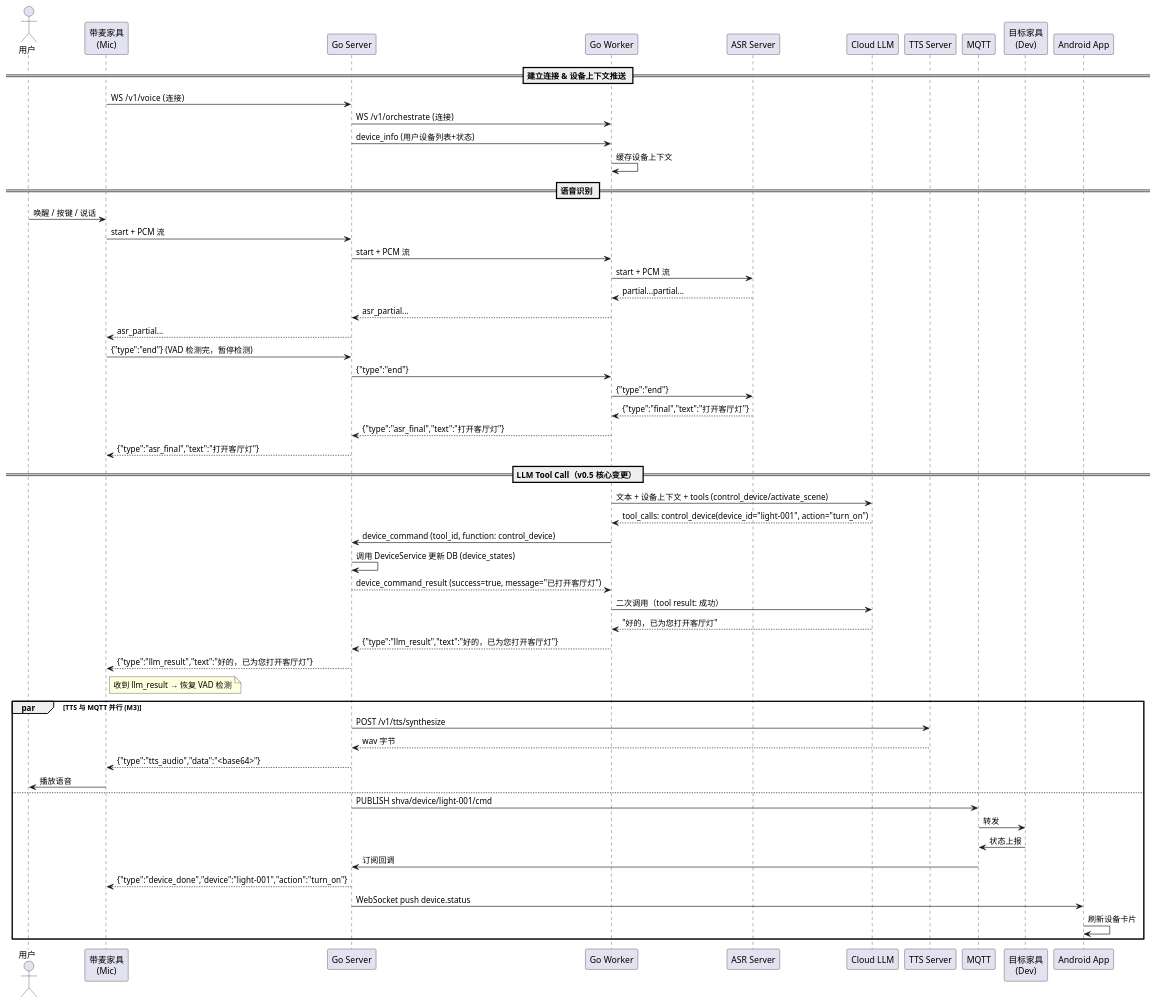
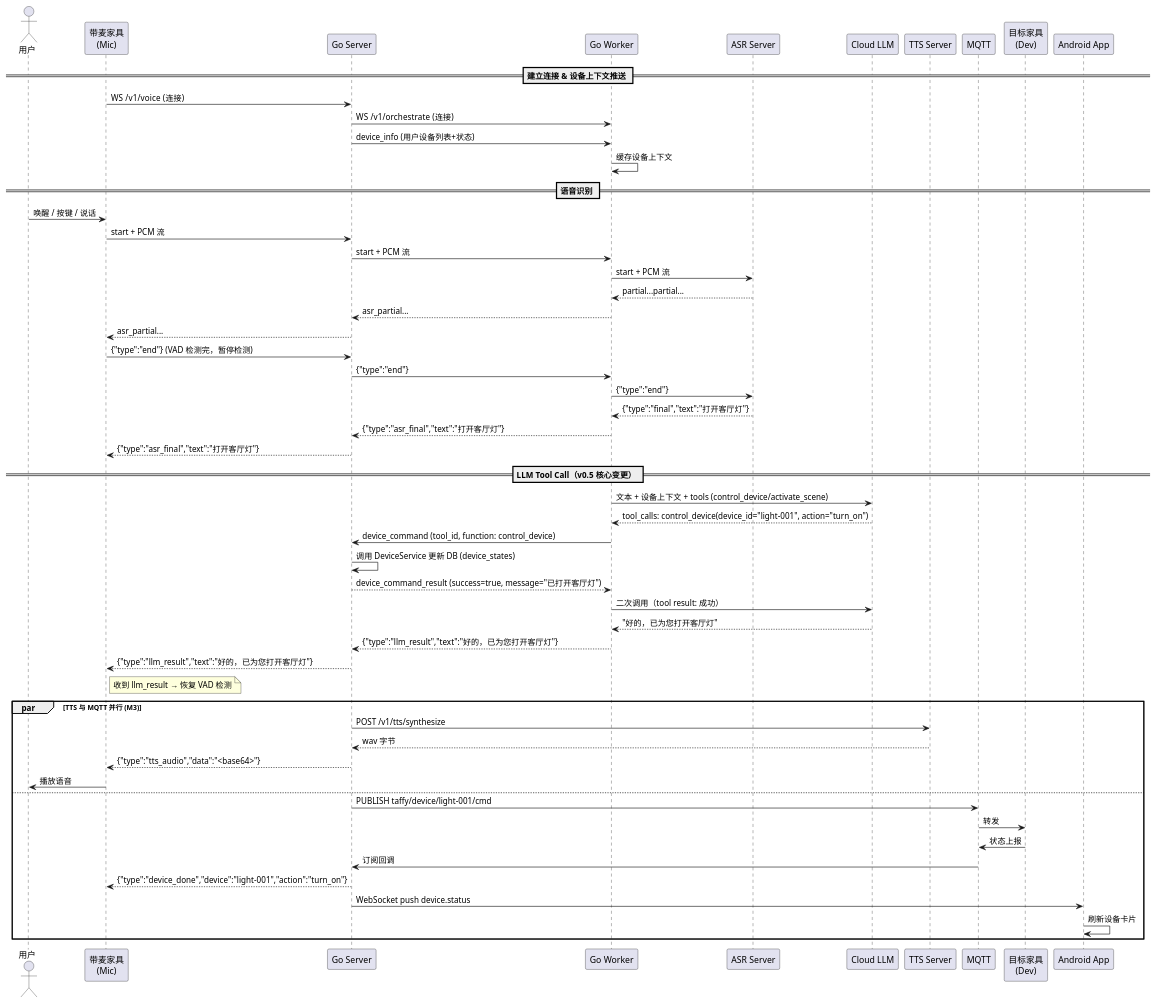
The fifth of 6 diagrams in docs/03-软件设计文档.md (Yoruko666/Taffy-Assistant), drawn with PlantUML before and after one commit. The commit also changed other lines of this file and 62 other files, not shown here.

````diff
--- a/docs/03-软件设计文档.md
+++ b/docs/03-软件设计文档.md
@@ -572,63 +572,63 @@
 ```plantuml
 @startuml
 actor 用户
 participant "带麦家具\n(Mic)"   as Mic
 participant "Go Server"         as Srv
 participant "Go Worker"         as Wkr
 participant "ASR Server"        as ASR
 participant "Cloud LLM"         as Cloud
 participant "TTS Server"        as TTS
 participant MQTT                as MQ
 participant "目标家具\n(Dev)"   as Dev
 participant "Android App"       as App
 
 == 建立连接 & 设备上下文推送 ==
 Mic  -> Srv : WS /v1/voice  (连接)
 Srv  -> Wkr : WS /v1/orchestrate  (连接)
 Srv  -> Wkr : device_info (用户设备列表+状态)
 Wkr  -> Wkr : 缓存设备上下文
 
 == 语音识别 ==
 用户 -> Mic : 唤醒 / 按键 / 说话
 Mic  -> Srv : start + PCM 流
 Srv  -> Wkr : start + PCM 流
 Wkr  -> ASR : start + PCM 流
 ASR --> Wkr : partial...partial...
 Wkr  --> Srv : asr_partial...
 Srv  --> Mic : asr_partial...
 
 Mic  -> Srv : {"type":"end"} (VAD 检测完，暂停检测)
 Srv  -> Wkr : {"type":"end"}
 Wkr  -> ASR : {"type":"end"}
 ASR --> Wkr : {"type":"final","text":"打开客厅灯"}
 Wkr  --> Srv : {"type":"asr_final","text":"打开客厅灯"}
 Srv  --> Mic : {"type":"asr_final","text":"打开客厅灯"}
 
 == LLM Tool Call（v0.5 核心变更） ==
 Wkr  -> Cloud : 文本 + 设备上下文 + tools (control_device/activate_scene)
 Cloud --> Wkr : tool_calls: control_device(device_id="light-001", action="turn_on")
 Wkr  -> Srv : device_command (tool_id, function: control_device)
 Srv  -> Srv : 调用 DeviceService 更新 DB (device_states)
 Srv  --> Wkr : device_command_result (success=true, message="已打开客厅灯")
 Wkr  -> Cloud : 二次调用（tool result: 成功）
 Cloud --> Wkr : "好的，已为您打开客厅灯"
 Wkr  --> Srv : {"type":"llm_result","text":"好的，已为您打开客厅灯"}
 Srv  --> Mic : {"type":"llm_result","text":"好的，已为您打开客厅灯"}
 note right of Mic : 收到 llm_result → 恢复 VAD 检测
 
 par TTS 与 MQTT 并行 (M3)
   Srv -> TTS : POST /v1/tts/synthesize
   TTS --> Srv : wav 字节
   Srv --> Mic : {"type":"tts_audio","data":"<base64>"}
   Mic -> 用户 : 播放语音
 else
-  Srv -> MQ  : PUBLISH shva/device/light-001/cmd
+  Srv -> MQ  : PUBLISH taffy/device/light-001/cmd
   MQ  -> Dev : 转发
   Dev -> MQ  : 状态上报
   MQ  -> Srv : 订阅回调
   Srv --> Mic : {"type":"device_done","device":"light-001","action":"turn_on"}
   Srv -> App : WebSocket push device.status
   App -> App : 刷新设备卡片
 end
 @enduml
 ```
````
